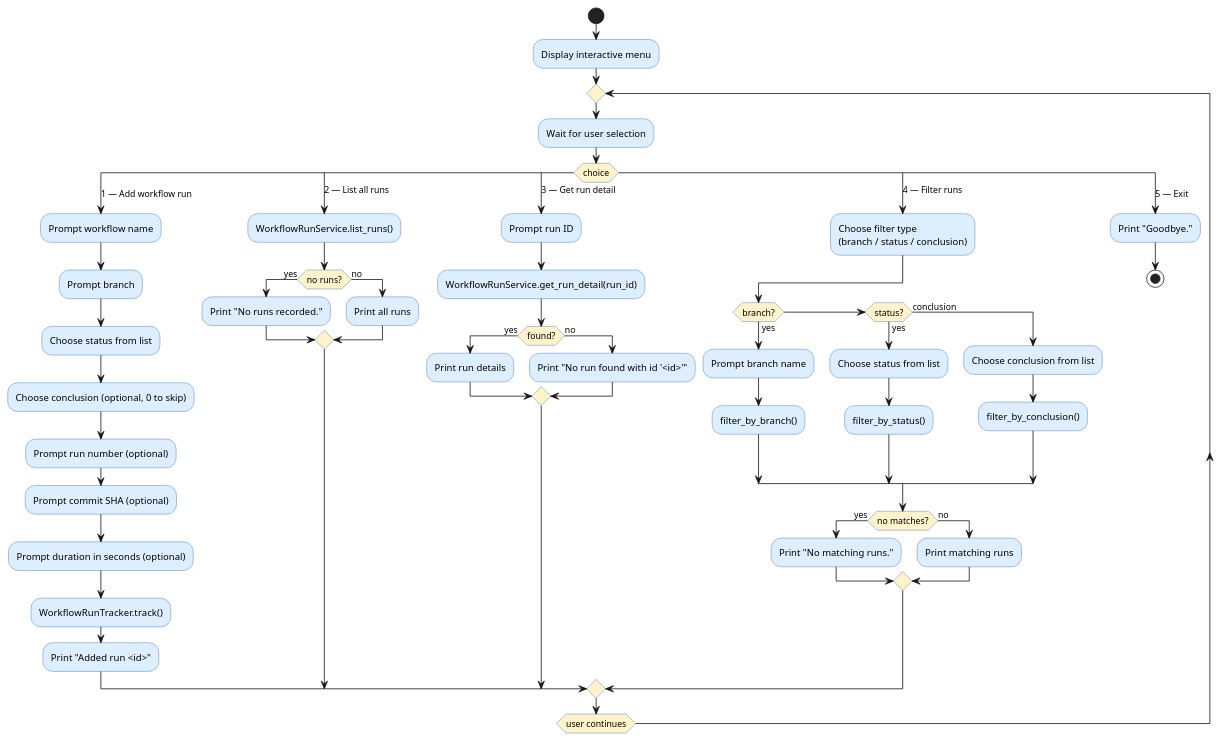
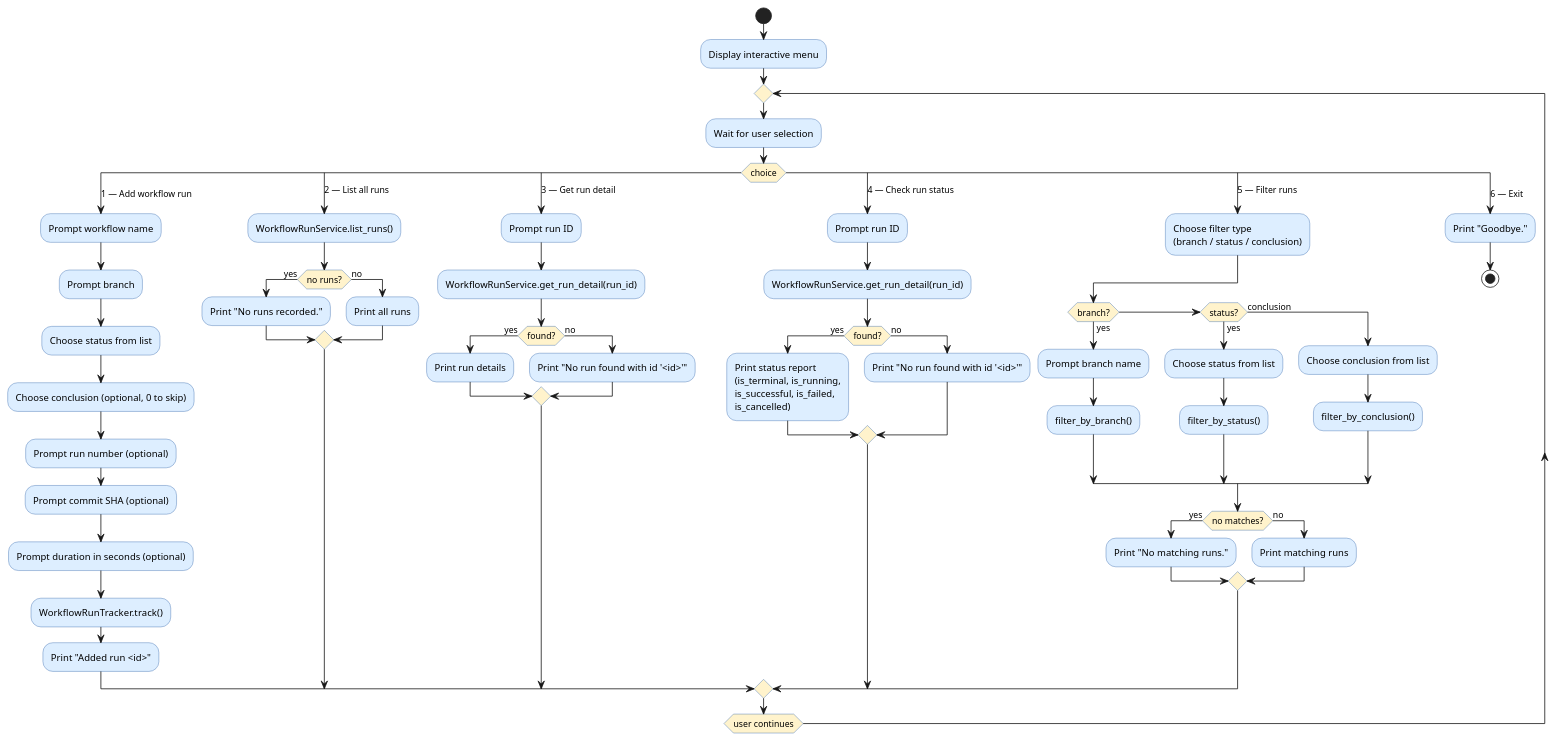
Before and after one commit to DanielRiha8906/Software_autoevolution_using_agents: the diagram in experiments/supervisor_as_tools/user_stories/github-workflow-manager/artifacts/activity_diagram_interactive.puml, drawn with PlantUML. The commit also changed 10 other files, not shown here.

First line of the commit message:
task 02 | encapsulated state-checking methods for WorkflowRun

```diff
--- a/experiments/supervisor_as_tools/user_stories/github-workflow-manager/artifacts/activity_diagram_interactive.puml
+++ b/experiments/supervisor_as_tools/user_stories/github-workflow-manager/artifacts/activity_diagram_interactive.puml
@@ -1,71 +1,80 @@
 @startuml activity_diagram_interactive
 
 skinparam activityBackgroundColor #DDEEFF
 skinparam activityBorderColor     #3366AA
 skinparam activityDiamondBackgroundColor #FFF3CC
 
 start
 
 :Display interactive menu;
 
 repeat
 
   :Wait for user selection;
 
   switch (choice)
 
     case (1 — Add workflow run)
       :Prompt workflow name;
       :Prompt branch;
       :Choose status from list;
       :Choose conclusion (optional, 0 to skip);
       :Prompt run number (optional);
       :Prompt commit SHA (optional);
       :Prompt duration in seconds (optional);
       :WorkflowRunTracker.track();
       :Print "Added run <id>";
 
     case (2 — List all runs)
       :WorkflowRunService.list_runs();
       if (no runs?) then (yes)
         :Print "No runs recorded.";
       else (no)
         :Print all runs;
       endif
 
     case (3 — Get run detail)
       :Prompt run ID;
       :WorkflowRunService.get_run_detail(run_id);
       if (found?) then (yes)
         :Print run details;
       else (no)
         :Print "No run found with id '<id>'";
       endif
 
-    case (4 — Filter runs)
+    case (4 — Check run status)
+      :Prompt run ID;
+      :WorkflowRunService.get_run_detail(run_id);
+      if (found?) then (yes)
+        :Print status report\n(is_terminal, is_running,\nis_successful, is_failed,\nis_cancelled);
+      else (no)
+        :Print "No run found with id '<id>'";
+      endif
+
+    case (5 — Filter runs)
       :Choose filter type\n(branch / status / conclusion);
       if (branch?) then (yes)
         :Prompt branch name;
         :filter_by_branch();
       elseif (status?) then (yes)
         :Choose status from list;
         :filter_by_status();
       else (conclusion)
         :Choose conclusion from list;
         :filter_by_conclusion();
       endif
       if (no matches?) then (yes)
         :Print "No matching runs.";
       else (no)
         :Print matching runs;
       endif
 
-    case (5 — Exit)
+    case (6 — Exit)
       :Print "Goodbye.";
       stop
 
   endswitch
 
 repeat while (user continues)
 
 @enduml
```
